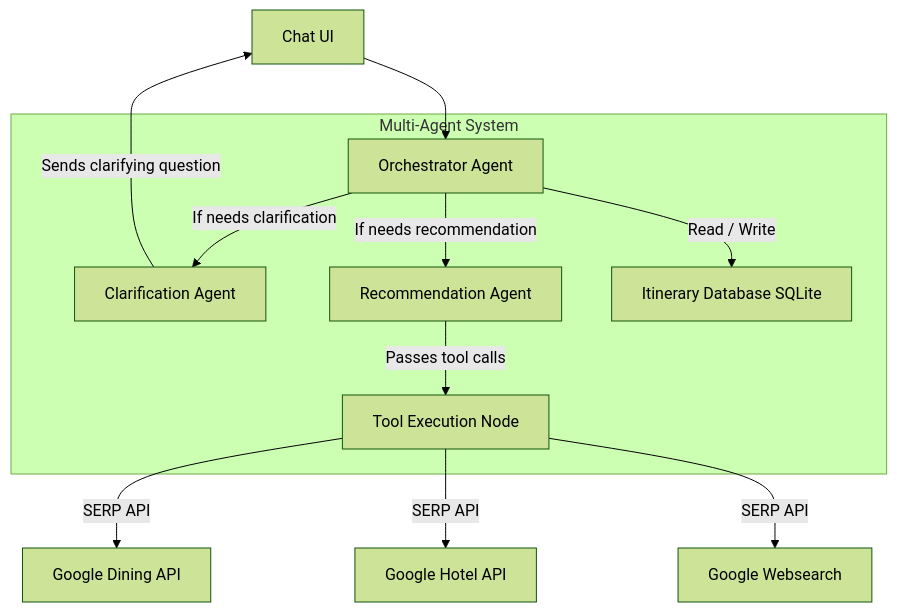
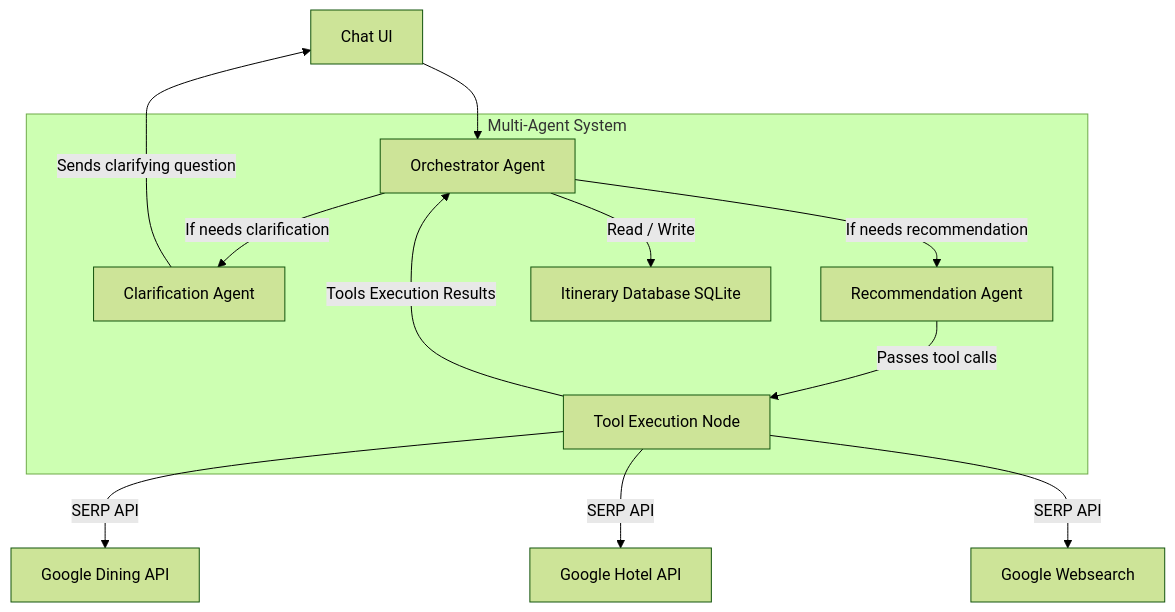
One commit to swamibala/smart-travel-planner changed the diagram in README.md. Above: the diagram before and after it, drawn with Mermaid (forest theme). The commit also changed other lines of this file and 12 other files, not shown here.

Commit message:
Implement multi-agent architecture with clarification, recommendation, and orchestrator agents; enhance README and database setup.

````diff
--- a/README.md
+++ b/README.md
@@ -3,32 +3,34 @@
 ```mermaid 
 graph TD
     CHAT[Chat UI]
     ORCH_AGENT[Orchestrator Agent]
     CLARIFY_AGENT[Clarification Agent]
     RECOMMEND_AGENT[Recommendation Agent]
     TOOL_NODE[Tool Execution Node]
     GOOGLE_DINING[Google Dining API]
     GOOGLE_HOTEL[Google Hotel API]
     GOOGLE_ACTIVITIES[Google Websearch]
 
     subgraph Multi-Agent System
         ORCH_AGENT[Orchestrator Agent]
         CLARIFY_AGENT[Clarification Agent]
         RECOMMEND_AGENT[Recommendation Agent]
         TOOL_NODE[Tool Execution Node]
         ITINERARY_DB[Itinerary Database SQLite]
     end
 
     CHAT --> ORCH_AGENT
     ORCH_AGENT -->|If needs clarification| CLARIFY_AGENT
     ORCH_AGENT -->|If needs recommendation| RECOMMEND_AGENT
-    ORCH_AGENT -->|Read / Write| ITINERARY_DB
 
     RECOMMEND_AGENT -->|Passes tool calls| TOOL_NODE
 
     TOOL_NODE -->|SERP API| GOOGLE_DINING
     TOOL_NODE -->|SERP API| GOOGLE_HOTEL
     TOOL_NODE -->|SERP API| GOOGLE_ACTIVITIES
+    TOOL_NODE -->|Tools Execution Results| ORCH_AGENT
+    
+    ORCH_AGENT -->|Read / Write| ITINERARY_DB
 
     CLARIFY_AGENT -->|Sends clarifying question| CHAT
 ```
````
